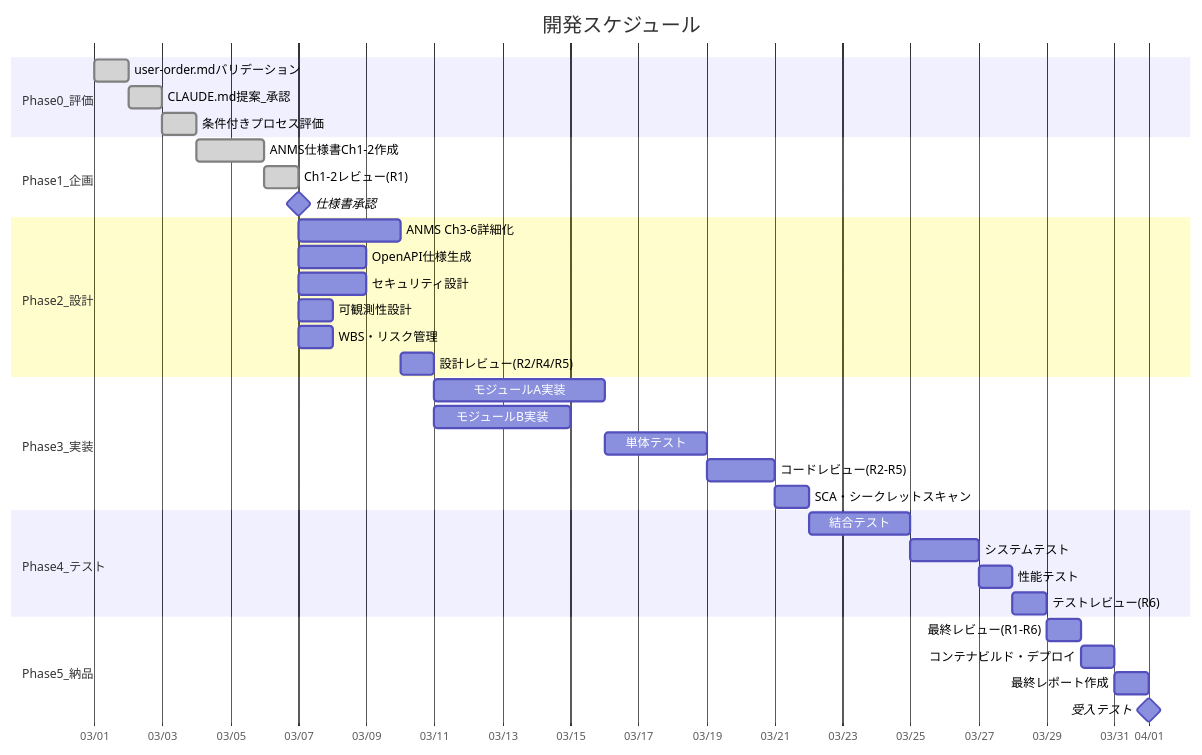
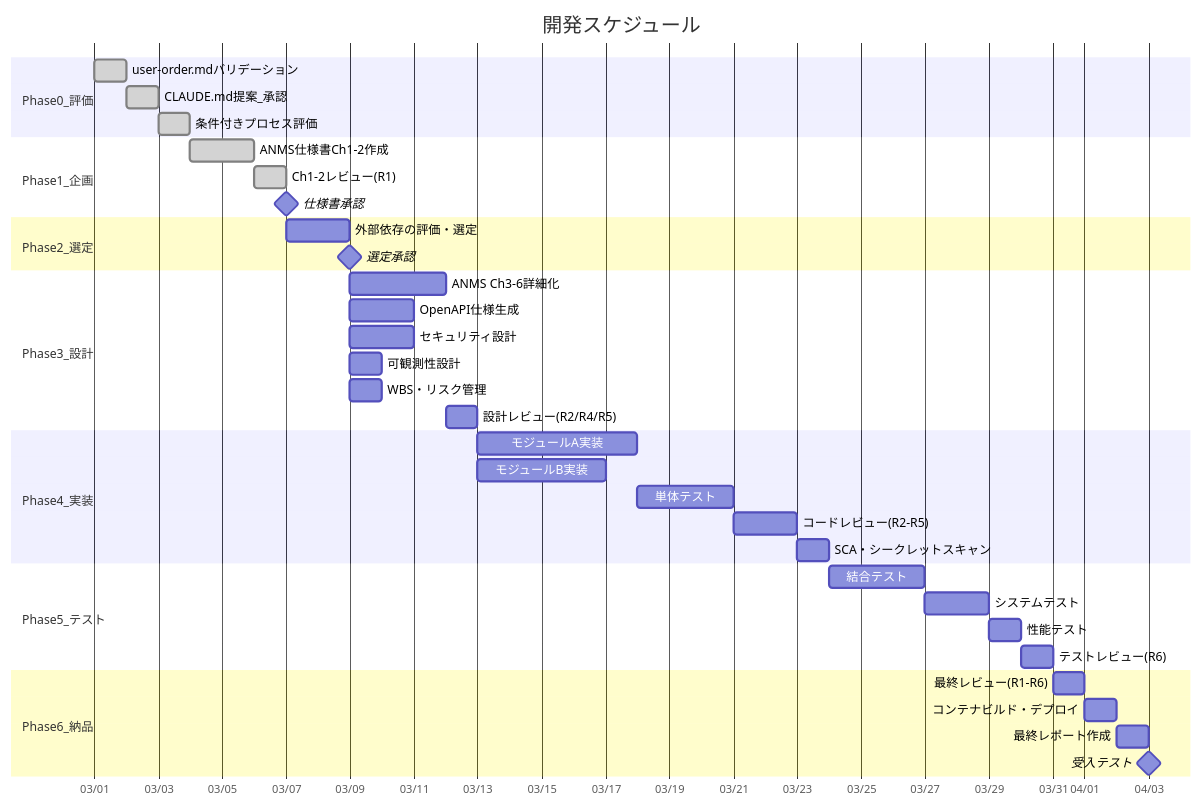
One commit to GoodRelax/claude-code-full-auto-dev changed the fifth of 11 diagrams in process-rules/full-auto-dev-process-rules-ja.md. Above: the diagram before and after it, drawn with Mermaid. The commit also changed other lines of this file and 26 other files, not shown here.

````diff
--- a/process-rules/full-auto-dev-process-rules-ja.md
+++ b/process-rules/full-auto-dev-process-rules-ja.md
@@ -678,43 +731,47 @@
 ```mermaid
 gantt
     title 開発スケジュール
     dateFormat  YYYY-MM-DD
     axisFormat  %m/%d
 
     section Phase0_評価
     user-order.mdバリデーション     : done, p0a, 2026-03-01, 1d
     CLAUDE.md提案_承認             : done, p0a2, after p0a, 1d
     条件付きプロセス評価           : done, p0b, after p0a2, 1d
 
     section Phase1_企画
     ANMS仕様書Ch1-2作成            : done, p1b, after p0b, 2d
     Ch1-2レビュー(R1)              : done, p1c, after p1b, 1d
     仕様書承認                    : milestone, p1d, after p1c, 0d
 
-    section Phase2_設計
-    ANMS Ch3-6詳細化               : p2a, after p1d, 3d
-    OpenAPI仕様生成               : p2e, after p1d, 2d
-    セキュリティ設計               : p2b, after p1d, 2d
-    可観測性設計                   : p2f, after p1d, 1d
-    WBS・リスク管理               : p2c, after p1d, 1d
-    設計レビュー(R2/R4/R5)        : p2d, after p2a, 1d
+    section Phase2_選定
+    外部依存の評価・選定           : p2s, after p1d, 2d
+    選定承認                      : milestone, p2m, after p2s, 0d
 
-    section Phase3_実装
-    モジュールA実装               : p3a, after p2d, 5d
-    モジュールB実装               : p3b, after p2d, 4d
-    単体テスト                    : p3c, after p3a, 3d
-    コードレビュー(R2-R5)        : p3d, after p3c, 2d
-    SCA・シークレットスキャン      : p3e, after p3d, 1d
+    section Phase3_設計
+    ANMS Ch3-6詳細化               : p3a, after p2m, 3d
+    OpenAPI仕様生成               : p3e, after p2m, 2d
+    セキュリティ設計               : p3b, after p2m, 2d
+    可観測性設計                   : p3f, after p2m, 1d
+    WBS・リスク管理               : p3c, after p2m, 1d
+    設計レビュー(R2/R4/R5)        : p3d, after p3a, 1d
 
-    section Phase4_テスト
-    結合テスト                    : p4a, after p3e, 3d
-    システムテスト                 : p4b, after p4a, 2d
-    性能テスト                    : p4g, after p4b, 1d
-    テストレビュー(R6)             : p4c, after p4g, 1d
+    section Phase4_実装
+    モジュールA実装               : p4a, after p3d, 5d
+    モジュールB実装               : p4b, after p3d, 4d
+    単体テスト                    : p4c, after p4a, 3d
+    コードレビュー(R2-R5)        : p4d, after p4c, 2d
+    SCA・シークレットスキャン      : p4e, after p4d, 1d
 
-    section Phase5_納品
-    最終レビュー(R1-R6)            : p5a, after p4c, 1d
-    コンテナビルド・デプロイ        : p5b, after p5a, 1d
-    最終レポート作成               : p5c, after p5b, 1d
-    受入テスト                    : milestone, p5d, after p5c, 0d
+    section Phase5_テスト
+    結合テスト                    : p5a, after p4e, 3d
+    システムテスト                 : p5b, after p5a, 2d
+    性能テスト                    : p5g, after p5b, 1d
+    テストレビュー(R6)             : p5c, after p5g, 1d
+
+    section Phase6_納品
+    最終レビュー(R1-R6)            : p6a, after p5c, 1d
+    コンテナビルド・デプロイ        : p6b, after p6a, 1d
+    最終レポート作成               : p6c, after p6b, 1d
+    受入テスト                    : milestone, p6d, after p6c, 0d
 ```
````
